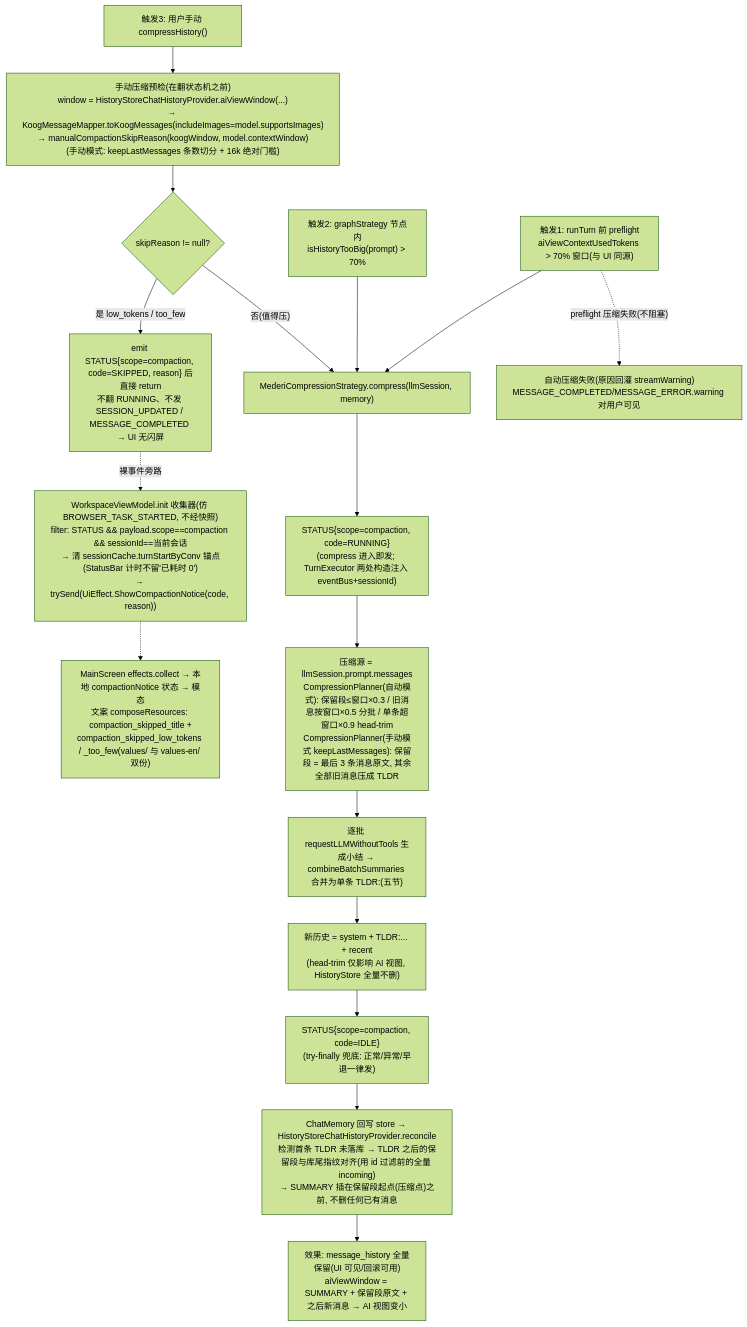
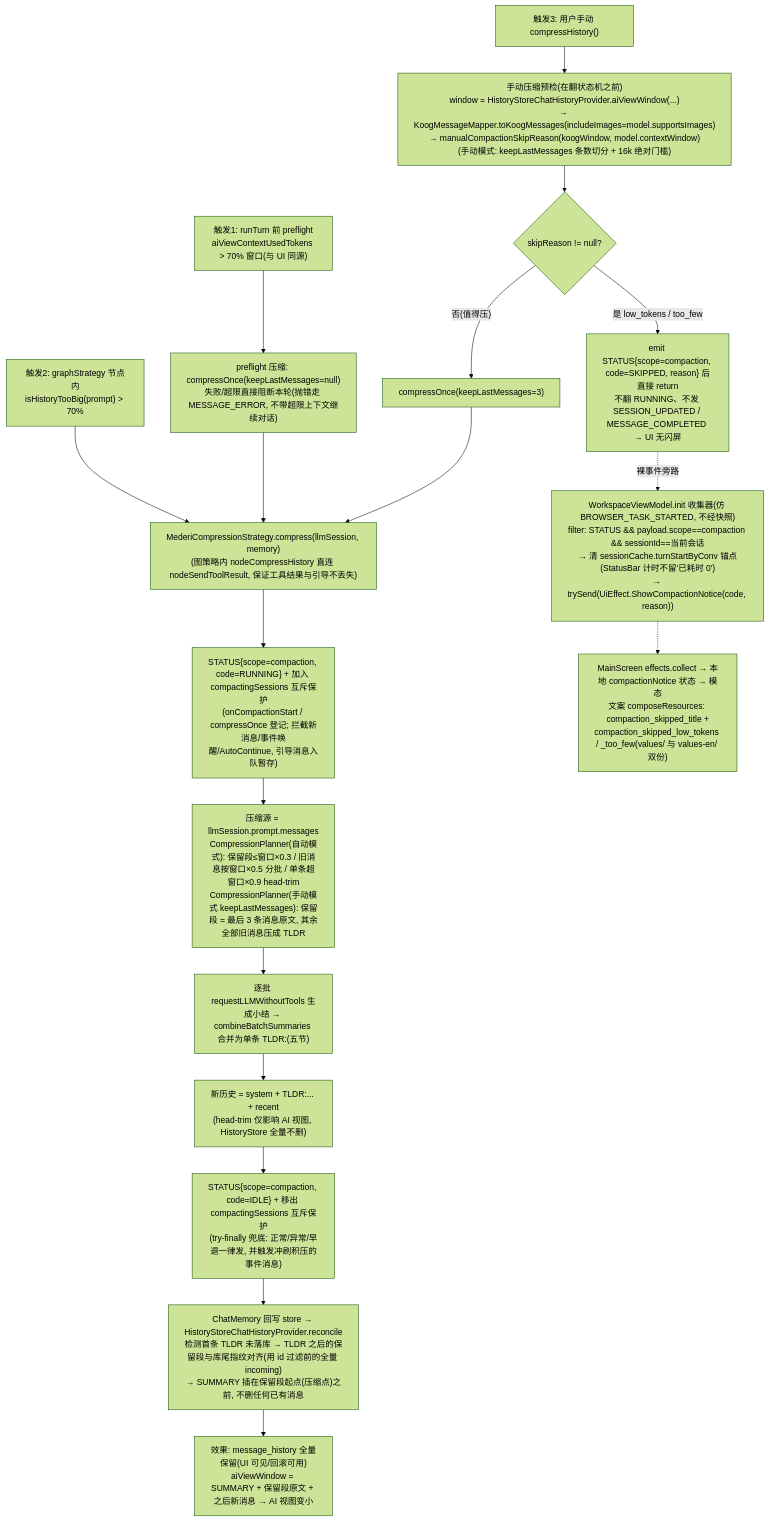
The eighth of 18 diagrams in docs/architecture/04-flows.md (lzdev42/mederi), drawn with Mermaid (forest theme) before and after one commit. The commit also changed other lines of this file and 131 other files, not shown here.

````diff
--- a/docs/architecture/04-flows.md
+++ b/docs/architecture/04-flows.md
@@ -316,21 +319,22 @@
 ```mermaid
 flowchart TD
     A["触发1: runTurn 前 preflight<br/>aiViewContextUsedTokens > 70% 窗口(与 UI 同源)"]
     B["触发2: graphStrategy 节点内<br/>isHistoryTooBig(prompt) > 70%"]
     C["触发3: 用户手动 compressHistory()"]
-    A & B --> D["MederiCompressionStrategy.compress(llmSession, memory)"]
+    A --> P1["preflight 压缩: compressOnce(keepLastMessages=null)<br/>失败/超限直接阻断本轮(抛错走 MESSAGE_ERROR, 不带超限上下文继续对话)"]
+    B --> D["MederiCompressionStrategy.compress(llmSession, memory)<br/>(图策略内 nodeCompressHistory 直连 nodeSendToolResult, 保证工具结果与引导不丢失)"]
     C --> P["手动压缩预检(在翻状态机之前)<br/>window = HistoryStoreChatHistoryProvider.aiViewWindow(...)<br/>→ KoogMessageMapper.toKoogMessages(includeImages=model.supportsImages)<br/>→ manualCompactionSkipReason(koogWindow, model.contextWindow)<br/>(手动模式: keepLastMessages 条数切分 + 16k 绝对门槛)"]
     P --> S{"skipReason != null?"}
-    S -- "否(值得压)" --> D
+    S -- "否(值得压)" --> P2["compressOnce(keepLastMessages=3)"]
+    P1 & P2 --> D
     S -- "是 low_tokens / too_few" --> X["emit STATUS{scope=compaction, code=SKIPPED, reason} 后直接 return<br/>不翻 RUNNING、不发 SESSION_UPDATED / MESSAGE_COMPLETED → UI 无闪屏"]
     X -. 裸事件旁路.-> U["WorkspaceViewModel.init 收集器(仿 BROWSER_TASK_STARTED, 不经快照)<br/>filter: STATUS && payload.scope==compaction && sessionId==当前会话<br/>→ 清 sessionCache.turnStartByConv 锚点(StatusBar 计时不留'已耗时 0')<br/>→ trySend(UiEffect.ShowCompactionNotice(code, reason))"]
     U -.-> V["MainScreen effects.collect → 本地 compactionNotice 状态 → 模态<br/>文案 composeResources: compaction_skipped_title +<br/>compaction_skipped_low_tokens / _too_few(values/ 与 values-en/ 双份)"]
-    D --> D1["STATUS{scope=compaction, code=RUNNING}<br/>(compress 进入即发; TurnExecutor 两处构造注入 eventBus+sessionId)"]
+    D --> D1["STATUS{scope=compaction, code=RUNNING} + 加入 compactingSessions 互斥保护<br/>(onCompactionStart / compressOnce 登记; 拦截新消息/事件唤醒/AutoContinue, 引导消息入队暂存)"]
     D1 --> E["压缩源 = llmSession.prompt.messages<br/>CompressionPlanner(自动模式): 保留段≤窗口×0.3 / 旧消息按窗口×0.5 分批 / 单条超窗口×0.9 head-trim<br/>CompressionPlanner(手动模式 keepLastMessages): 保留段 = 最后 3 条消息原文, 其余全部旧消息压成 TLDR"]
     E --> F["逐批 requestLLMWithoutTools 生成小结 → combineBatchSummaries 合并为单条 TLDR:(五节)"]
     F --> G["新历史 = system + TLDR:... + recent<br/>(head-trim 仅影响 AI 视图, HistoryStore 全量不删)"]
-    G --> H1["STATUS{scope=compaction, code=IDLE}<br/>(try-finally 兜底: 正常/异常/早退一律发)"]
+    G --> H1["STATUS{scope=compaction, code=IDLE} + 移出 compactingSessions 互斥保护<br/>(try-finally 兜底: 正常/异常/早退一律发, 并触发冲刷积压的事件消息)"]
     H1 --> H["ChatMemory 回写 store → HistoryStoreChatHistoryProvider.reconcile<br/>检测首条 TLDR 未落库 → TLDR 之后的保留段与库尾指纹对齐(用 id 过滤前的全量 incoming)<br/>→ SUMMARY 插在保留段起点(压缩点)之前, 不删任何已有消息"]
     H --> I["效果: message_history 全量保留(UI 可见/回滚可用)<br/>aiViewWindow = SUMMARY + 保留段原文 + 之后新消息 → AI 视图变小"]
-    A -. preflight 压缩失败(不阻塞).-> W["自动压缩失败(原因回灌 streamWarning)<br/>MESSAGE_COMPLETED/MESSAGE_ERROR.warning 对用户可见"]
 ```
````
